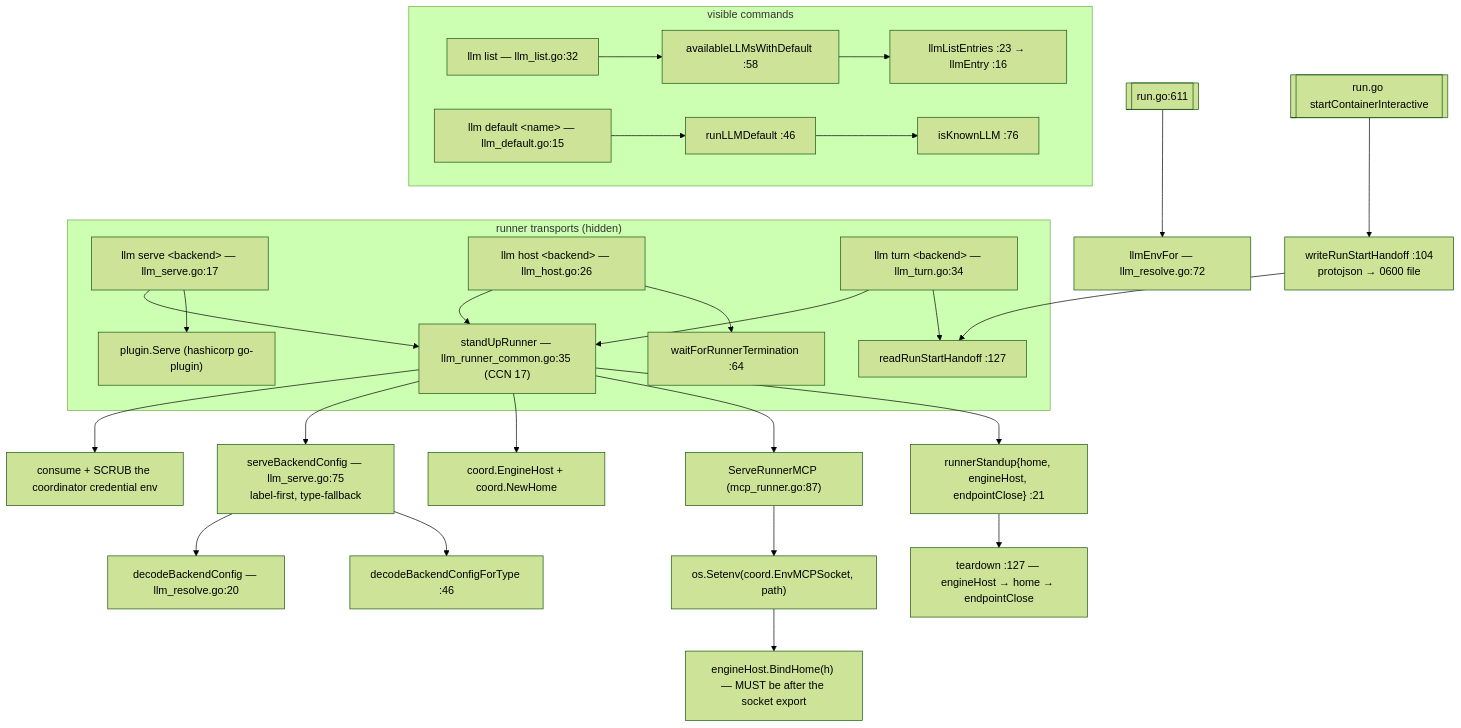
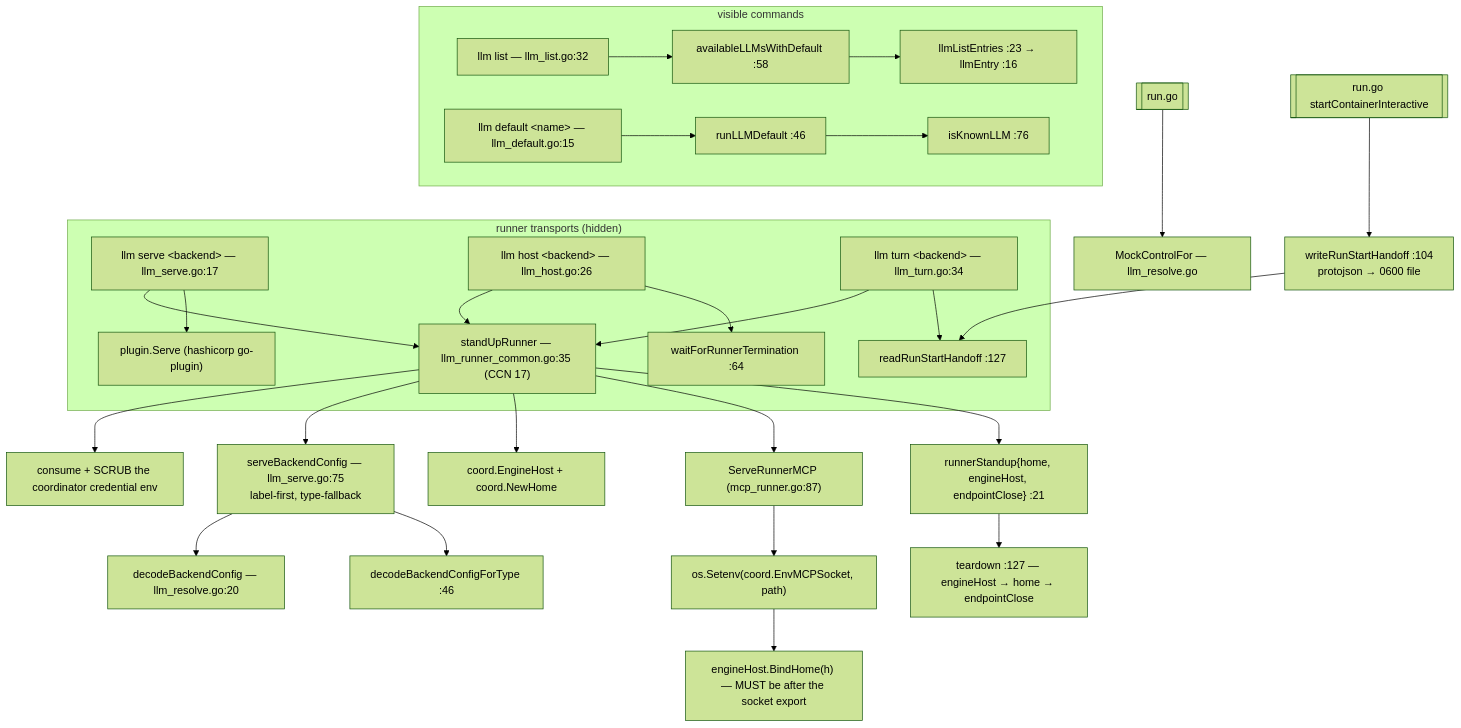
Before and after one commit to ctxloom/ctxloom: the diagram in docs/architecture/cli/llm-runners.md, drawn with Mermaid (forest theme). The commit also changed other lines of this file and 53 other files, not shown here.

````diff
--- a/docs/architecture/cli/llm-runners.md
+++ b/docs/architecture/cli/llm-runners.md
@@ -14,31 +14,31 @@
 ```mermaid
 flowchart TD
     subgraph visible["visible commands"]
         LL["llm list — llm_list.go:32"] --> ALWD["availableLLMsWithDefault :58"] --> LLE["llmListEntries :23 → llmEntry :16"]
         LD["llm default &lt;name&gt; — llm_default.go:15"] --> RLD["runLLMDefault :46"] --> IKL["isKnownLLM :76"]
     end
 
     subgraph transports["runner transports (hidden)"]
         SERVE["llm serve &lt;backend&gt; — llm_serve.go:17"] --> SUR
         HOST["llm host &lt;backend&gt; — llm_host.go:26"] --> SUR
         TURN["llm turn &lt;backend&gt; — llm_turn.go:34"] --> SUR
         SUR["standUpRunner — llm_runner_common.go:35 (CCN 17)"]
         SERVE --> PS["plugin.Serve (hashicorp go-plugin)"]
         HOST --> WFT["waitForRunnerTermination :64"]
         TURN --> RRSH["readRunStartHandoff :127"]
     end
 
     RUNGO[["run.go startContainerInteractive"]] --> WRSH["writeRunStartHandoff :104<br/>protojson → 0600 file"] --> RRSH
 
     SUR --> ENV["consume + SCRUB the coordinator credential env"]
     SUR --> SBC["serveBackendConfig — llm_serve.go:75<br/>label-first, type-fallback"] --> DBC["decodeBackendConfig — llm_resolve.go:20"]
     SBC --> DBCFT["decodeBackendConfigForType :46"]
     SUR --> EH["coord.EngineHost + coord.NewHome"]
     SUR --> SRM["ServeRunnerMCP (mcp_runner.go:87)"]
     SRM --> EXP["os.Setenv(coord.EnvMCPSocket, path)"]
     EXP --> BH["engineHost.BindHome(h) — MUST be after the socket export"]
     SUR --> RSTD["runnerStandup{home, engineHost, endpointClose} :21"]
     RSTD --> TD["teardown :127 — engineHost → home → endpointClose"]
 
-    RUNGO2[["run.go:611"]] --> LEF["llmEnvFor — llm_resolve.go:72"]
+    RUNGO2[["run.go"]] --> LEF["MockControlFor — llm_resolve.go"]
 ```
````
